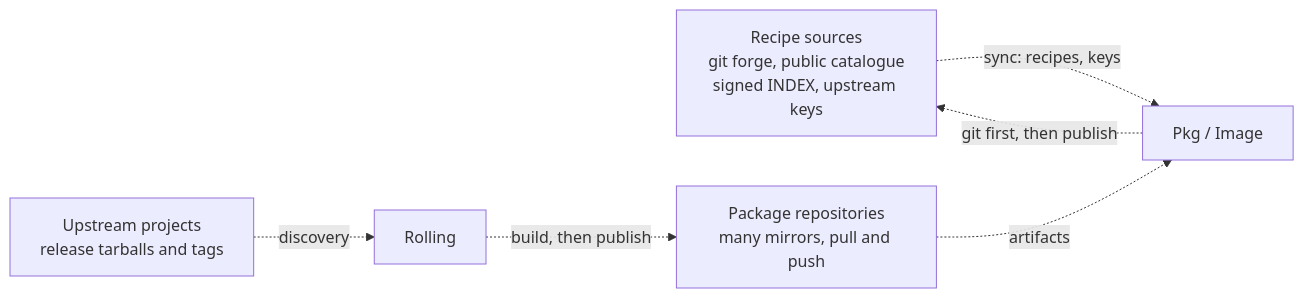
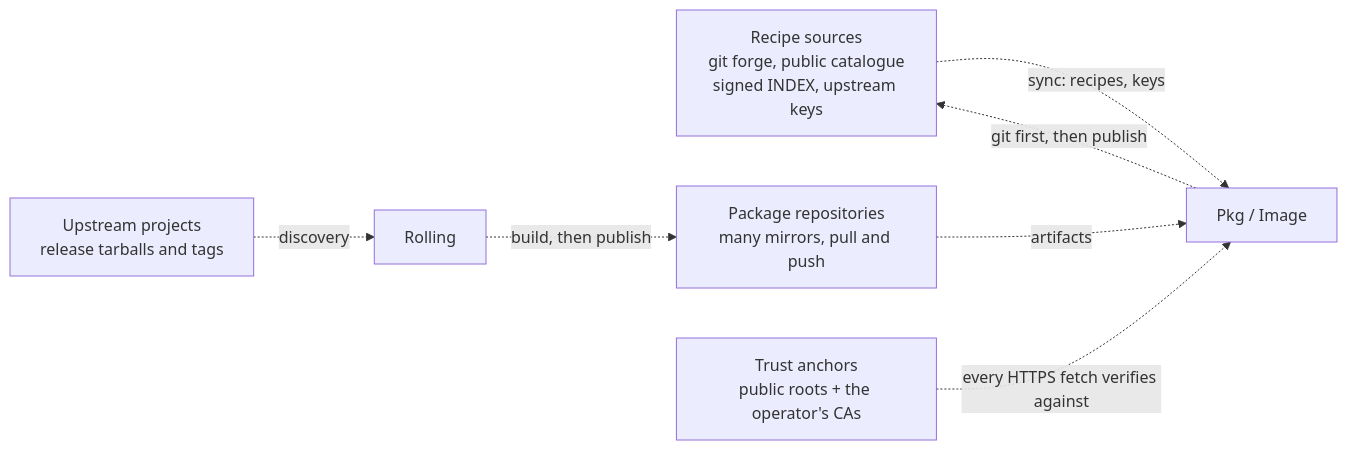
The third of 6 diagrams in docs/architecture/architecture.md (The-Cix-Project/cix), drawn with Mermaid before and after one commit. The commit also changed other lines of this file and 28 other files, not shown here.

````diff
--- a/docs/architecture/architecture.md
+++ b/docs/architecture/architecture.md
@@ -89,14 +89,16 @@
 ```mermaid
 flowchart LR
     forge["Recipe sources<br/>git forge, public catalogue<br/>signed INDEX, upstream keys"]
     repos["Package repositories<br/>many mirrors, pull and push"]
     upstream["Upstream projects<br/>release tarballs and tags"]
     pkgimg["Pkg / Image"]
     rolling["Rolling"]
+    anchors["Trust anchors<br/>public roots + the operator's CAs"]
 
+    anchors -. "every HTTPS fetch verifies against" .-> pkgimg
     forge -. "sync: recipes, keys" .-> pkgimg
     pkgimg -. "git first, then publish" .-> forge
     upstream -. "discovery" .-> rolling
     rolling -. "build, then publish" .-> repos
     repos -. "artifacts" .-> pkgimg
 ```
````
